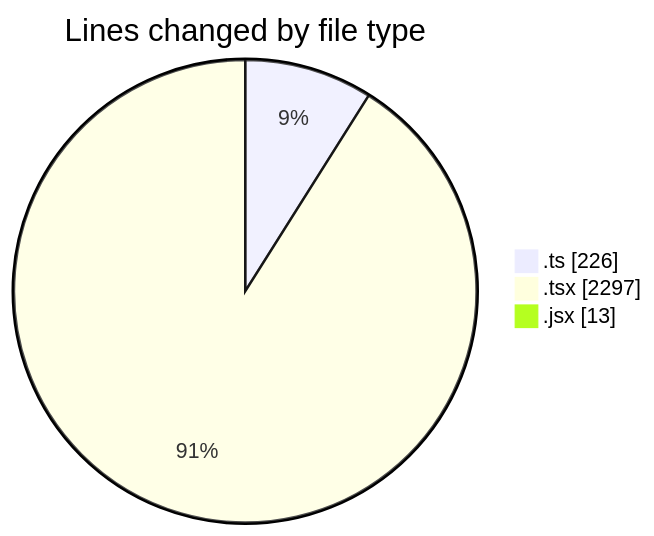
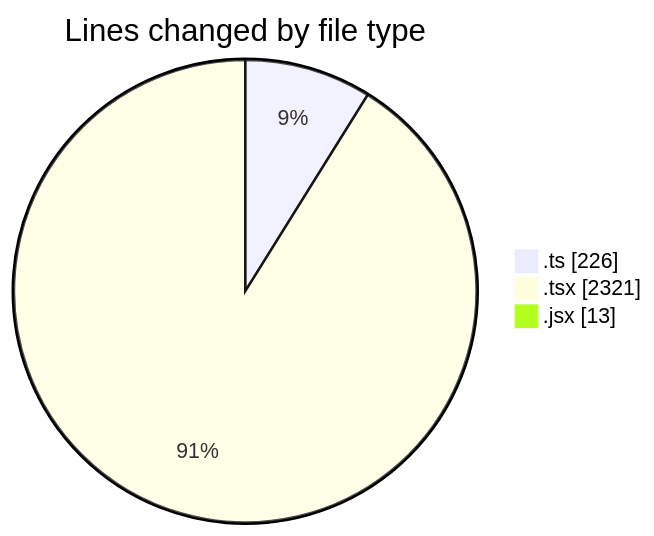
One commit to momahboobian/code-tracking changed the first of 2 diagrams in 2025-12-02/cda/README.md. Above: the diagram before and after it, drawn with Mermaid. The commit also changed other lines of this file and 1 other file, not shown here.

````diff
--- a/2025-12-02/cda/README.md
+++ b/2025-12-02/cda/README.md
@@ -28,7 +28,7 @@
 ```mermaid
 pie showData
 title Lines changed by file type
 ".ts" : 226
-".tsx" : 2297
+".tsx" : 2321
 ".jsx" : 13
 ```
````
